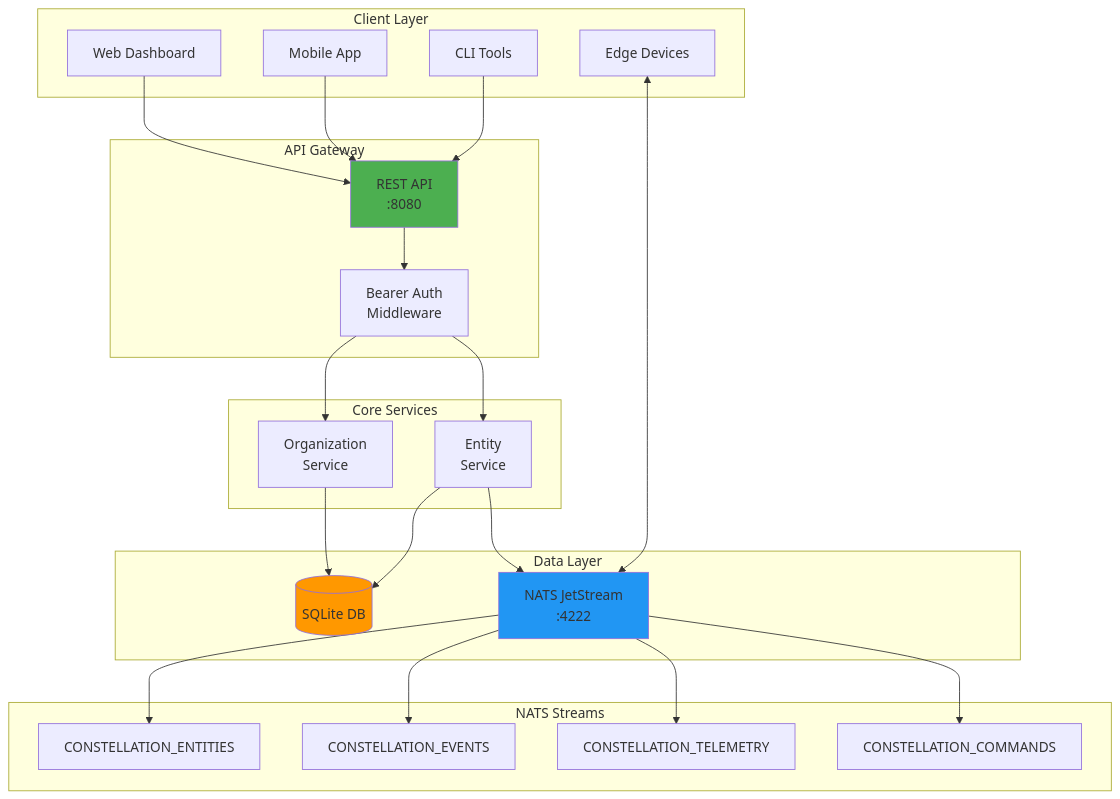
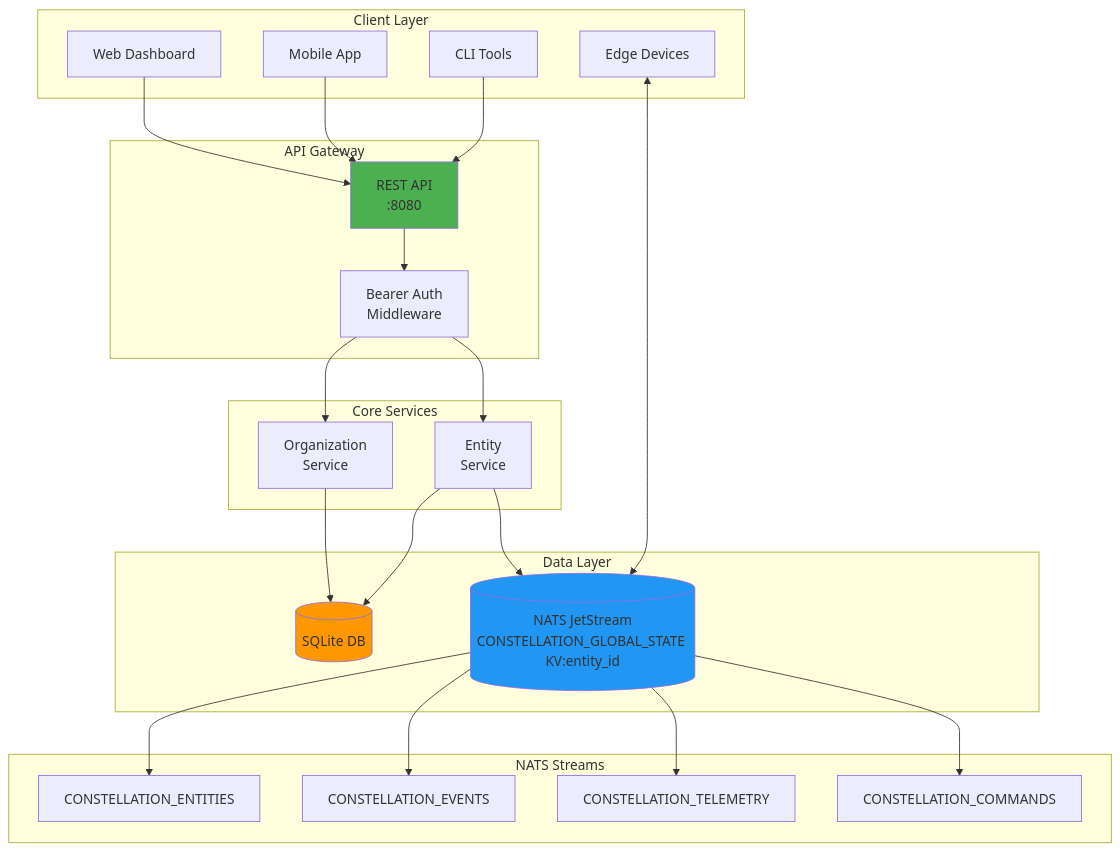
The first of 2 diagrams in README.md (xznhj8129/constellation-overwatch), drawn with Mermaid before and after one commit.

Commit message:
docs: update api diagram

````diff
--- a/README.md
+++ b/README.md
@@ -59,43 +59,43 @@
 ```mermaid
 graph TB
     subgraph "Client Layer"
         C1[Web Dashboard]
         C2[Mobile App]
         C3[CLI Tools]
         C4[Edge Devices]
     end
     
     subgraph "API Gateway"
         API[REST API<br/>:8080]
         AUTH[Bearer Auth<br/>Middleware]
     end
     
     subgraph "Core Services"
         OS[Organization<br/>Service]
         ES[Entity<br/>Service]
     end
     
     subgraph "Data Layer"
         DB[(SQLite DB)]
-        NATS[NATS JetStream<br/>:4222]
+        NATS[(NATS JetStream<br/>CONSTELLATION_GLOBAL_STATE KV:entity_id)]
     end
     
     subgraph "NATS Streams"
         S1[CONSTELLATION_ENTITIES]
         S2[CONSTELLATION_EVENTS]
         S3[CONSTELLATION_TELEMETRY]
         S4[CONSTELLATION_COMMANDS]
     end
     
     C1 & C2 & C3 --> API
     C4 <--> NATS
     API --> AUTH
     AUTH --> OS & ES
     OS & ES --> DB
     ES --> NATS
     NATS --> S1 & S2 & S3 & S4
     
     style API fill:#4CAF50
     style NATS fill:#2196F3
     style DB fill:#FF9800
 ```
````
